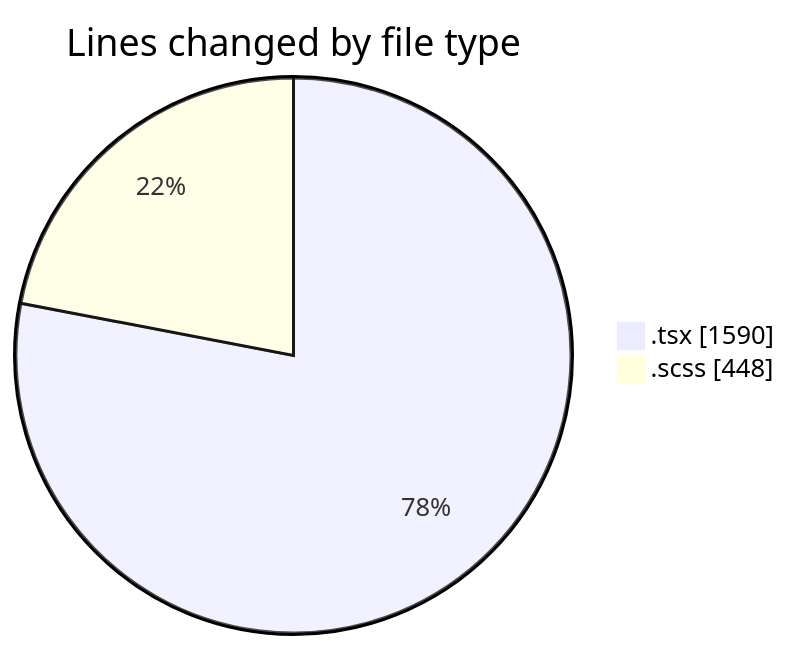
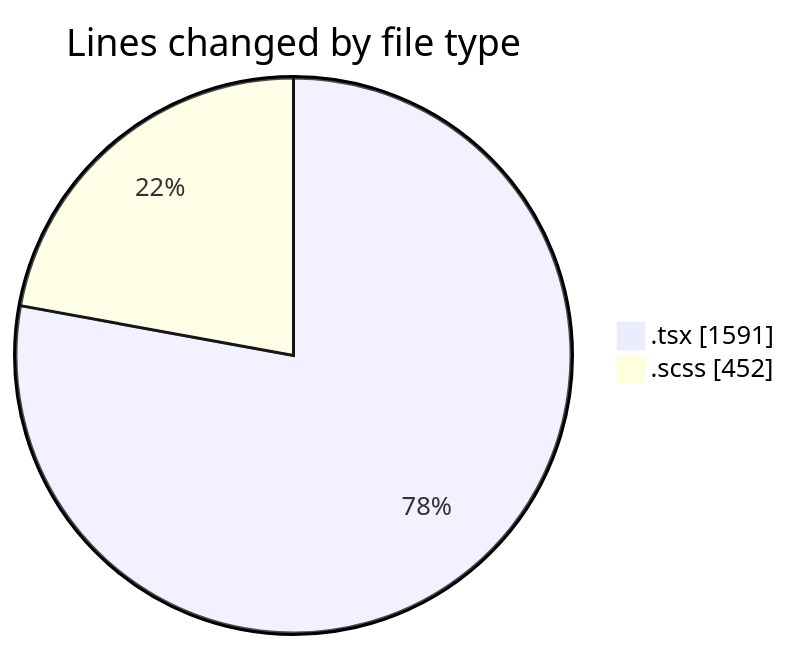
One commit to momahboobian/code-tracking changed the first of 2 diagrams in 2025-04-10/cda/README.md. Above: the diagram before and after it, drawn with Mermaid. The commit also changed other lines of this file and 1 other file, not shown here.

````diff
--- a/2025-04-10/cda/README.md
+++ b/2025-04-10/cda/README.md
@@ -24,6 +24,6 @@
 ```mermaid
 pie showData
 title Lines changed by file type
-".tsx" : 1590
-".scss" : 448
+".tsx" : 1591
+".scss" : 452
 ```
````
